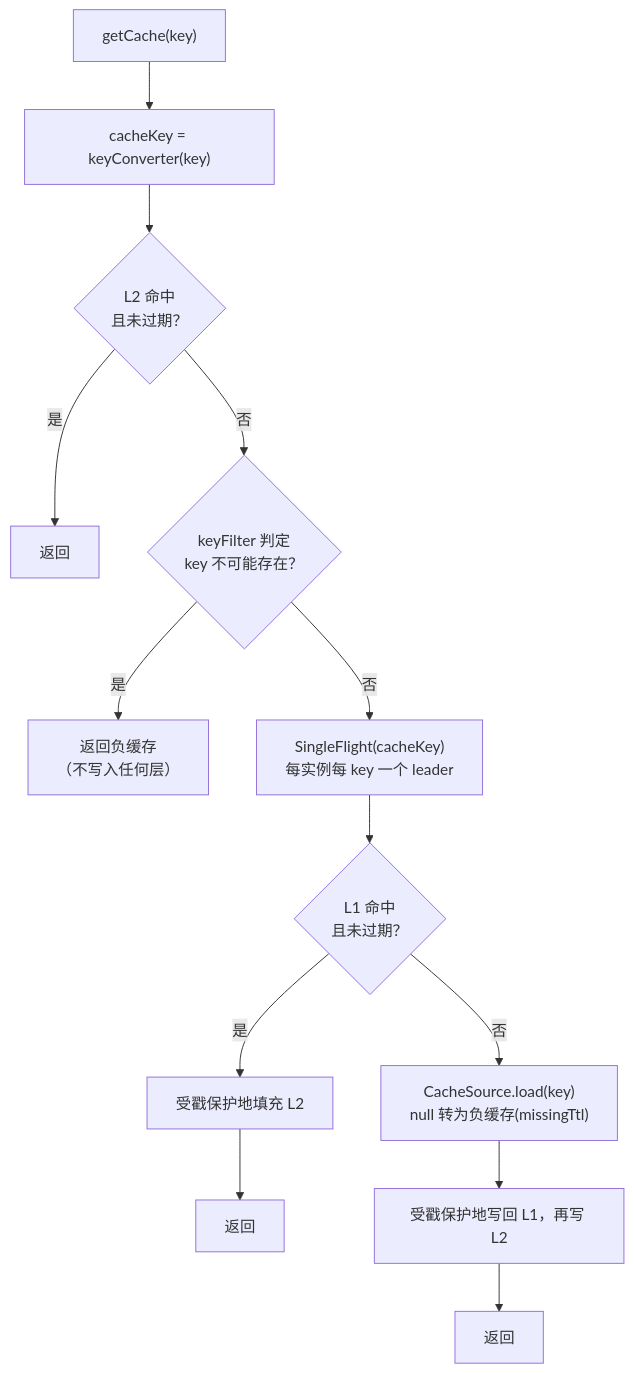
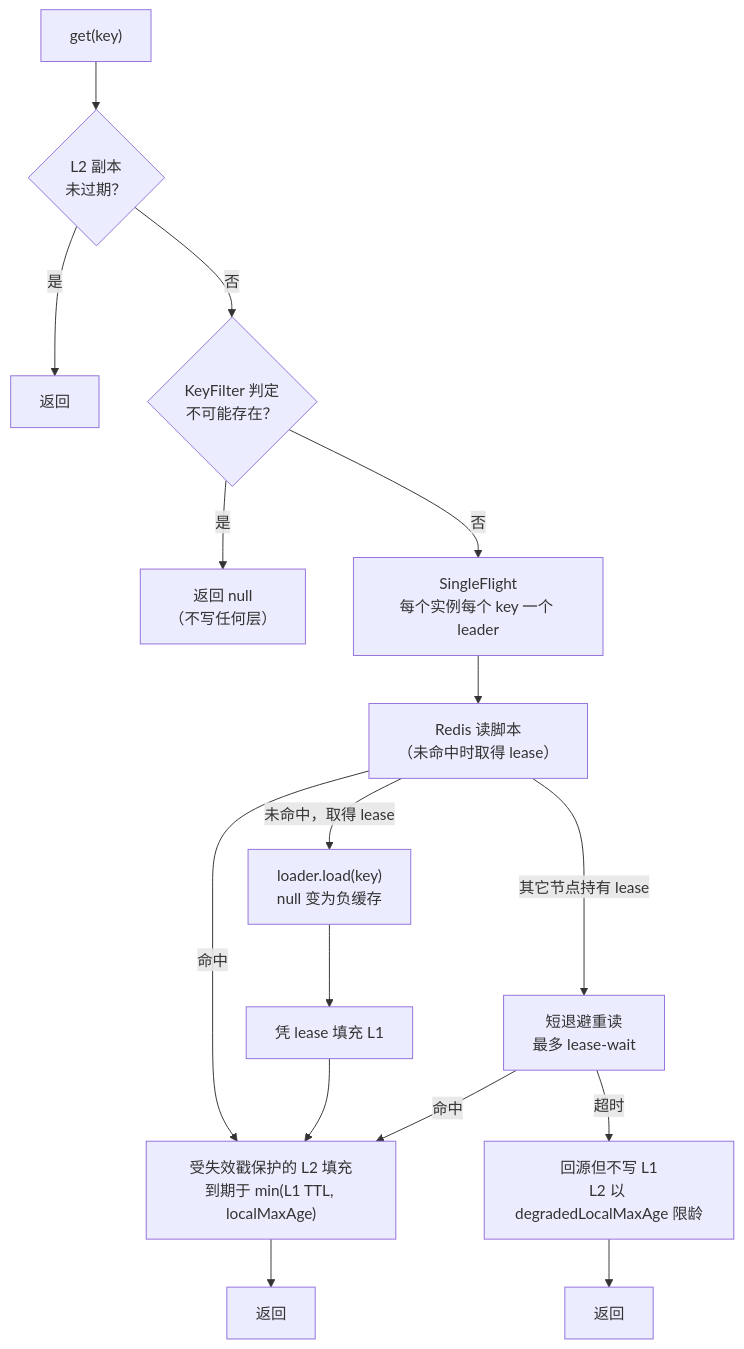
Before and after one commit to Ahoo-Wang/CoCache: the diagram in wiki/zh/architecture/consistency.md, drawn with Mermaid. The commit also changed other lines of this file and 23 other files, not shown here.

````diff
--- a/wiki/zh/architecture/consistency.md
+++ b/wiki/zh/architecture/consistency.md
@@ -12,13 +29,15 @@
 ```mermaid
 flowchart TD
-    G["getCache(key)"] --> K["cacheKey = keyConverter(key)"]
-    K --> L2{"L2 命中<br>且未过期？"}
+    G["get(key)"] --> L2{"L2 副本<br>未过期？"}
     L2 -- 是 --> R1["返回"]
-    L2 -- 否 --> F{"keyFilter 判定<br>key 不可能存在？"}
-    F -- 是 --> R2["返回负缓存<br>（不写入任何层）"]
-    F -- 否 --> SF["SingleFlight(cacheKey)<br>每实例每 key 一个 leader"]
-    SF --> L1{"L1 命中<br>且未过期？"}
-    L1 -- 是 --> FILL["受戳保护地填充 L2"] --> R3["返回"]
-    L1 -- 否 --> SRC["CacheSource.load(key)<br>null 转为负缓存(missingTtl)"]
-    SRC --> WB["受戳保护地写回 L1，再写 L2"] --> R4["返回"]
+    L2 -- 否 --> F{"KeyFilter 判定<br>不可能存在？"}
+    F -- 是 --> R2["返回 null<br>（不写任何层）"]
+    F -- 否 --> SF["SingleFlight<br>每个实例每个 key 一个 leader"]
+    SF --> RD["Redis 读脚本<br>（未命中时取得 lease）"]
+    RD -- 命中 --> FL["受失效戳保护的 L2 填充<br>到期于 min(L1 TTL, localMaxAge)"] --> R3["返回"]
+    RD -- "未命中，取得 lease" --> LD["loader.load(key)<br>null 变为负缓存"]
+    LD --> FI["凭 lease 填充 L1"] --> FL
+    RD -- "其它节点持有 lease" --> W["短退避重读<br>最多 lease-wait"]
+    W -- 命中 --> FL
+    W -- 超时 --> BY["回源但不写 L1<br>L2 以 degradedLocalMaxAge 限龄"] --> R4["返回"]
 ```
````
